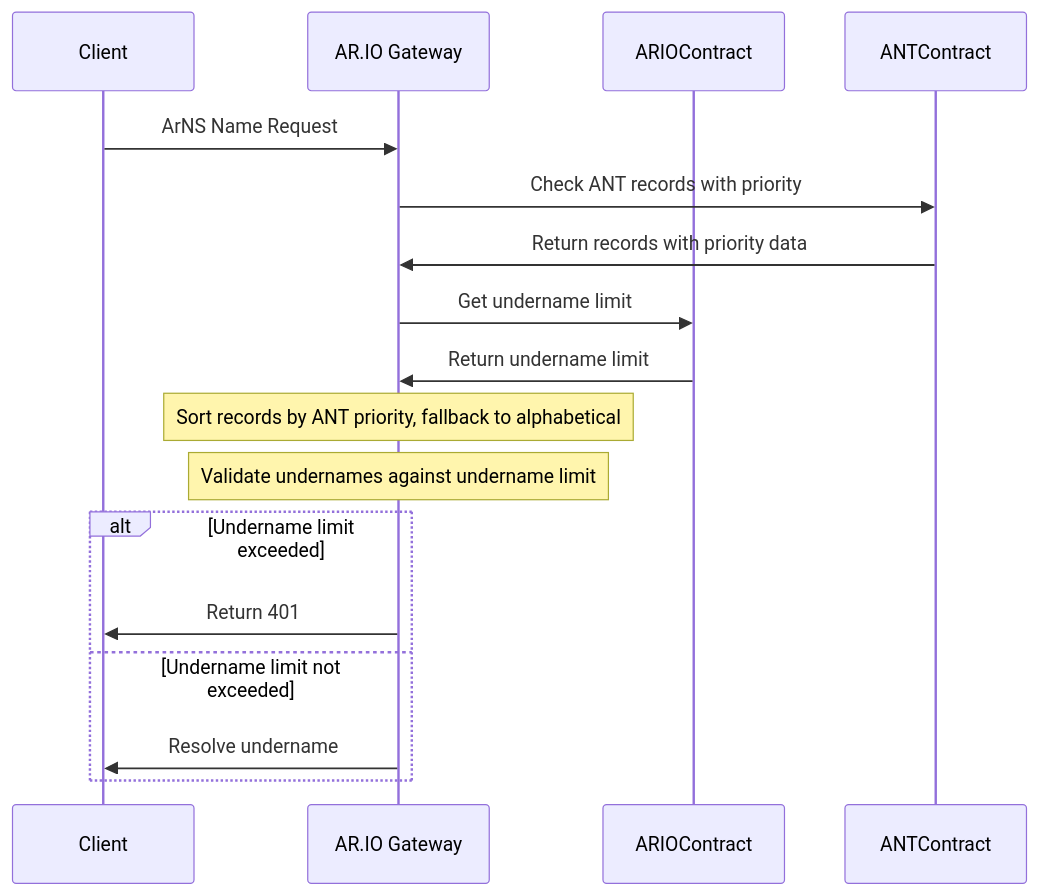
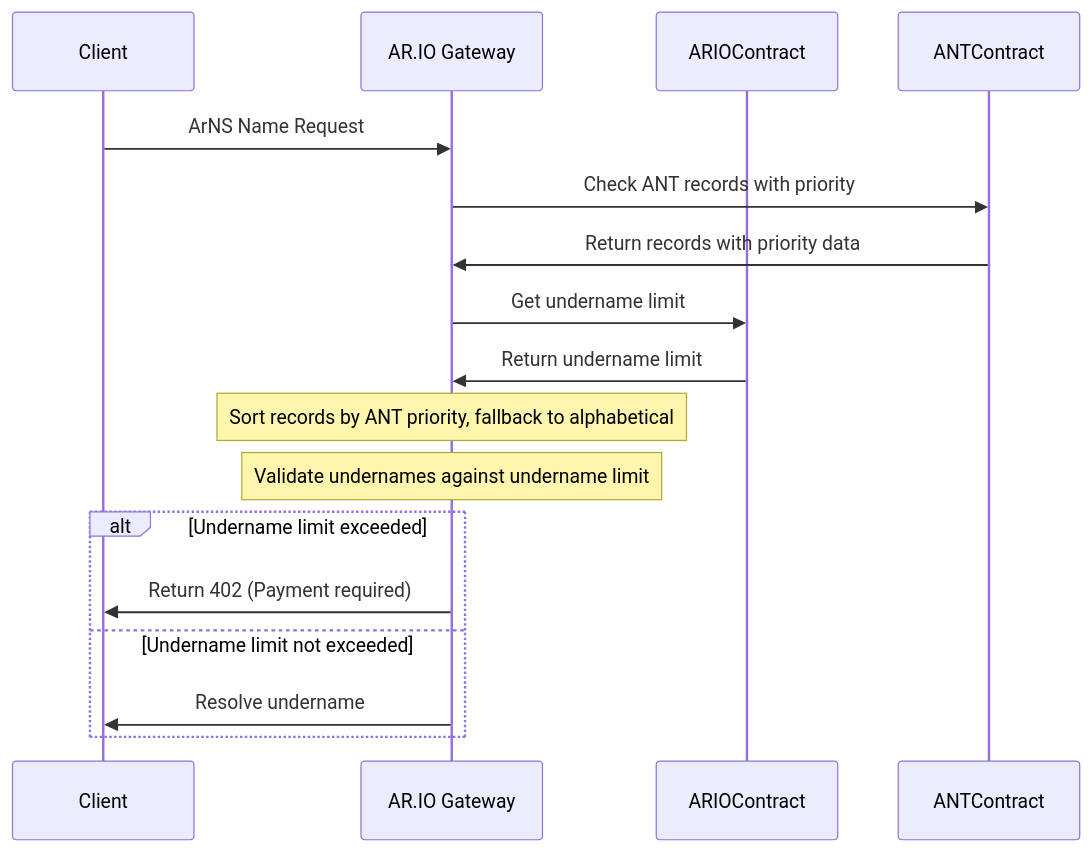
The diagram in docs/madr/003-arns-undername-limits.md (ar-io/ar-io-node), drawn with Mermaid before and after one commit.

Commit message:
chore(docs): update return code to 402

````diff
--- a/docs/madr/003-arns-undername-limits.md
+++ b/docs/madr/003-arns-undername-limits.md
@@ -20,20 +20,20 @@
 ```mermaid
 sequenceDiagram
     participant Client
     participant AR.IO Gateway
     participant ARIOContract
     participant ANTContract
 
     Client->>AR.IO Gateway: ArNS Name Request
     AR.IO Gateway->>ANTContract: Check ANT records with priority
     ANTContract->>AR.IO Gateway: Return records with priority data
     AR.IO Gateway->>ARIOContract: Get undername limit
     ARIOContract->>AR.IO Gateway: Return undername limit
     note over AR.IO Gateway: Sort records by ANT priority, fallback to alphabetical
     note over AR.IO Gateway: Validate undernames against undername limit
     alt Undername limit exceeded
-        AR.IO Gateway->>Client: Return 401
+        AR.IO Gateway->>Client: Return 402 (Payment required)
     else Undername limit not exceeded
         AR.IO Gateway->>Client: Resolve undername
     end
 ```
````
